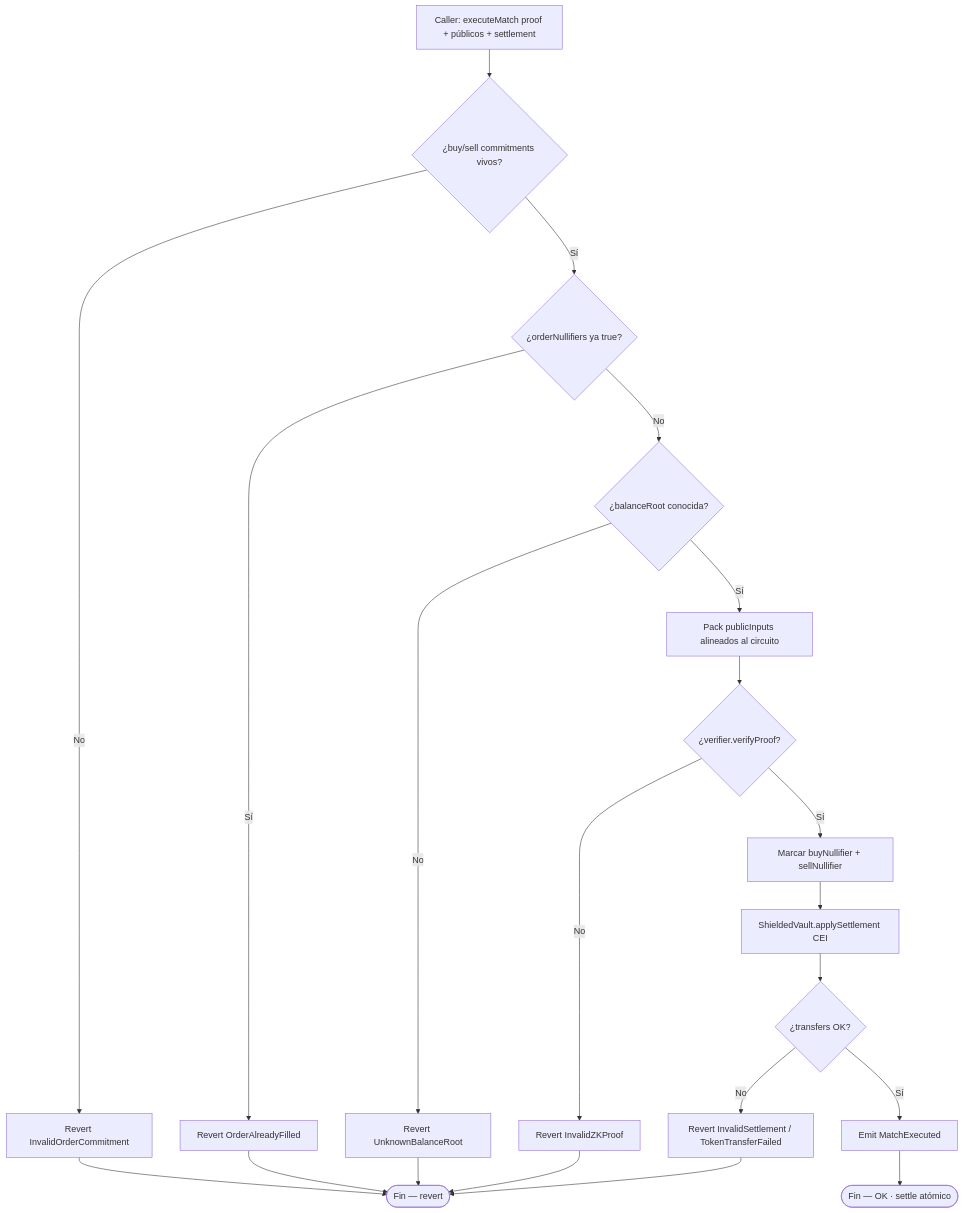
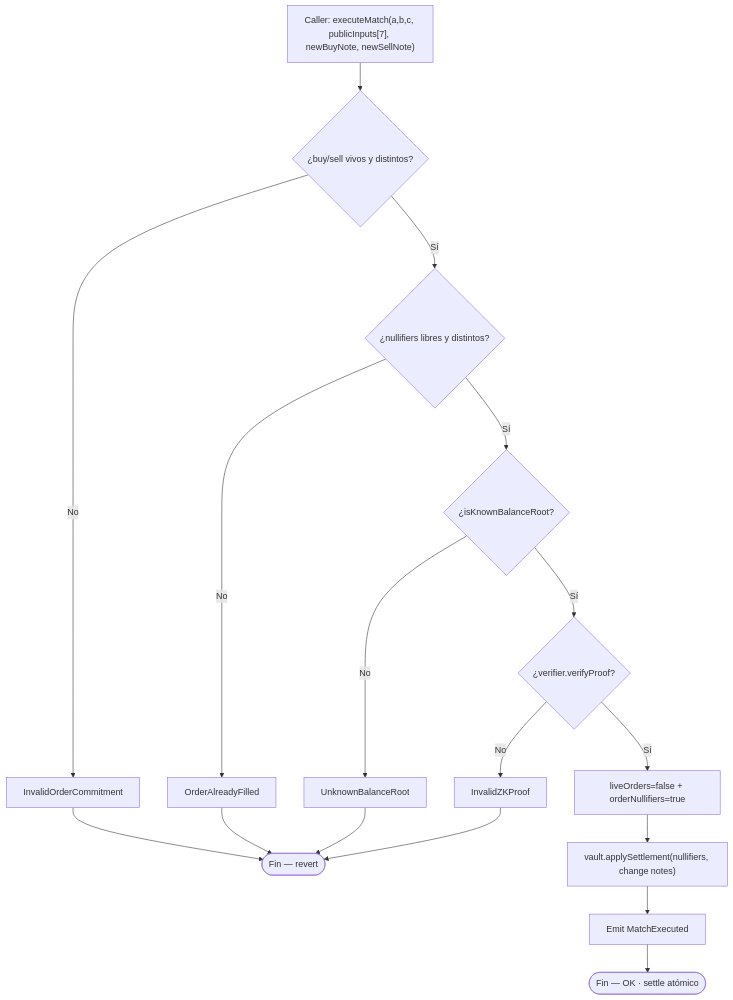
The third of 7 diagrams in doc/diagrama-de-flujo.md (rastrahm/zk-dark-pool), drawn with Mermaid before and after one commit. The commit also changed other lines of this file and 13 other files, not shown here.

````diff
--- a/doc/diagrama-de-flujo.md
+++ b/doc/diagrama-de-flujo.md
@@ -44,23 +44,19 @@
 ```mermaid
 flowchart TD
-    A[Caller: executeMatch proof + públicos + settlement] --> B{¿buy/sell commitments vivos?}
-    B -->|No| Z1[Revert InvalidOrderCommitment]
-    B -->|Sí| C{¿orderNullifiers ya true?}
-    C -->|Sí| Z2[Revert OrderAlreadyFilled]
-    C -->|No| D{¿balanceRoot conocida?}
-    D -->|No| Z3[Revert UnknownBalanceRoot]
-    D -->|Sí| E[Pack publicInputs alineados al circuito]
-    E --> F{¿verifier.verifyProof?}
-    F -->|No| Z4[Revert InvalidZKProof]
-    F -->|Sí| G[Marcar buyNullifier + sellNullifier]
-    G --> H[ShieldedVault.applySettlement CEI]
-    H --> I{¿transfers OK?}
-    I -->|No| Z5[Revert InvalidSettlement / TokenTransferFailed]
-    I -->|Sí| J[Emit MatchExecuted]
+    A["Caller: executeMatch(a,b,c, publicInputs[7], newBuyNote, newSellNote)"] --> B{¿buy/sell vivos y distintos?}
+    B -->|No| Z1[InvalidOrderCommitment]
+    B -->|Sí| C{¿nullifiers libres y distintos?}
+    C -->|No| Z2[OrderAlreadyFilled]
+    C -->|Sí| D{¿isKnownBalanceRoot?}
+    D -->|No| Z3[UnknownBalanceRoot]
+    D -->|Sí| E{¿verifier.verifyProof?}
+    E -->|No| Z4[InvalidZKProof]
+    E -->|Sí| F[liveOrders=false + orderNullifiers=true]
+    F --> G["vault.applySettlement(nullifiers, change notes)"]
+    G --> H[Emit MatchExecuted]
     Z1 --> End([Fin — revert])
     Z2 --> End
     Z3 --> End
     Z4 --> End
-    Z5 --> End
-    J --> Ok([Fin — OK · settle atómico])
+    H --> Ok([Fin — OK · settle atómico])
 ```
````
